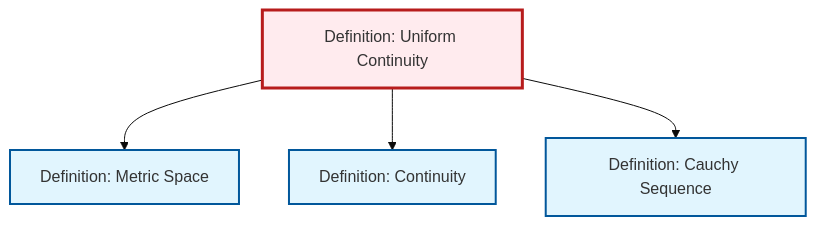
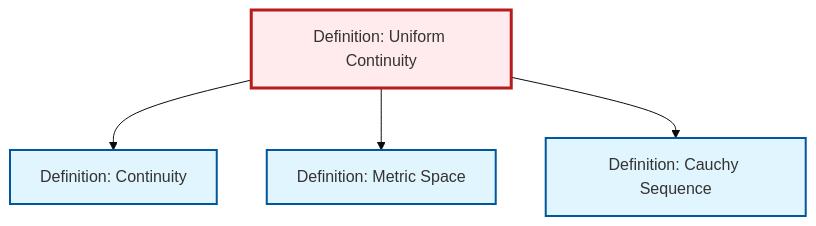
The diagram in content/en/analysis/def-uniform-continuity.qmd (RK0429/ModernMath), drawn with Mermaid (base theme) before and after one commit. The commit also changed other lines of this file and 1012 other files, not shown here.

````diff
--- a/content/en/analysis/def-uniform-continuity.qmd
+++ b/content/en/analysis/def-uniform-continuity.qmd
@@ -69,20 +69,20 @@
 ```{mermaid}
 %%| fig-cap: "Local dependency graph"
 graph TD
     classDef definition fill:#e1f5fe,stroke:#01579b,stroke-width:2px
     classDef theorem fill:#f3e5f5,stroke:#4a148c,stroke-width:2px
     classDef axiom fill:#fff3e0,stroke:#e65100,stroke-width:2px
     classDef example fill:#e8f5e9,stroke:#1b5e20,stroke-width:2px
     classDef current fill:#ffebee,stroke:#b71c1c,stroke-width:3px
+    def-continuity["Definition: Continuity"]:::definition
+    def-uniform-continuity["Definition: Uniform Continuity"]:::definition
     def-metric-space["Definition: Metric Space"]:::definition
     def-cauchy-sequence["Definition: Cauchy Sequence"]:::definition
-    def-uniform-continuity["Definition: Uniform Continuity"]:::definition
-    def-continuity["Definition: Continuity"]:::definition
+    def-uniform-continuity --> def-continuity
     def-uniform-continuity --> def-metric-space
-    def-uniform-continuity --> def-continuity
     def-uniform-continuity --> def-cauchy-sequence
     class def-uniform-continuity current
+    click def-continuity "def-continuity.html" "Go to Continuity definition"
     click def-metric-space "def-metric-space.html" "Go to Metric Space definition"
     click def-cauchy-sequence "def-cauchy-sequence.html" "Go to Cauchy Sequence definition"
-    click def-continuity "def-continuity.html" "Go to Continuity definition"
 ```
````
